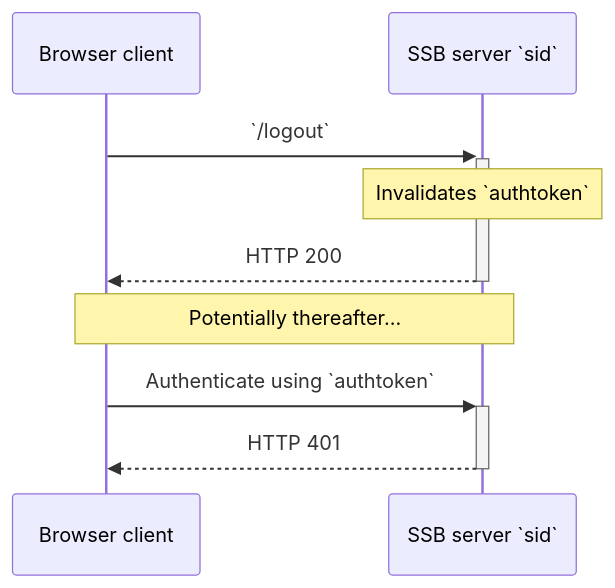
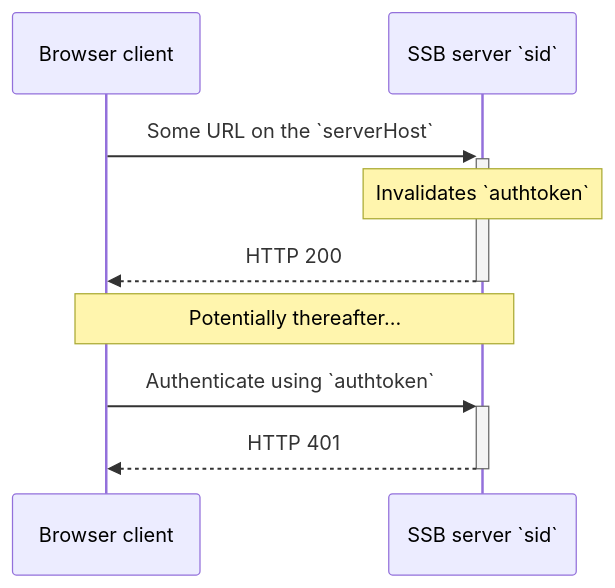
Before and after one commit to ssbc/ssb-http-auth-spec: the second of 2 diagrams in docs/Specification/Sign-out.md, drawn with Mermaid. The commit also changed 5 other files, not shown here.

````diff
--- a/docs/Specification/Sign-out.md
+++ b/docs/Specification/Sign-out.md
@@ -21,12 +21,12 @@
 ```mermaid
 sequenceDiagram
   participant Uweb as Browser client
   participant Serv as SSB server `sid`
 
-  Uweb->>+Serv: `/logout`
+  Uweb->>+Serv: Some URL on the `serverHost`
   Note over Serv: Invalidates `authtoken`
   Serv-->>-Uweb: HTTP 200
   Note over Uweb,Serv: Potentially thereafter...
   Uweb->>+Serv: Authenticate using `authtoken`
   Serv-->>-Uweb: HTTP 401
 ```
````
